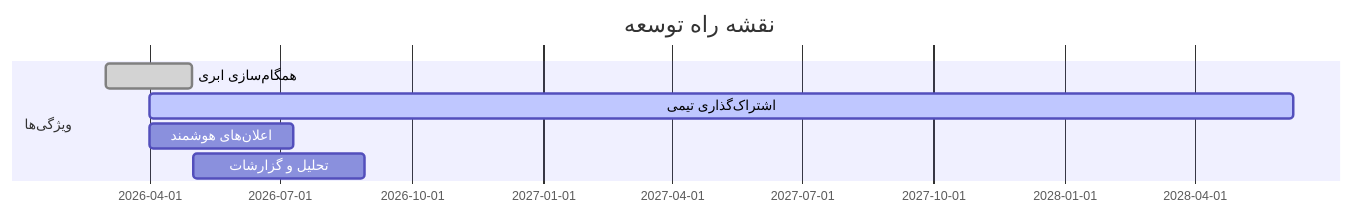
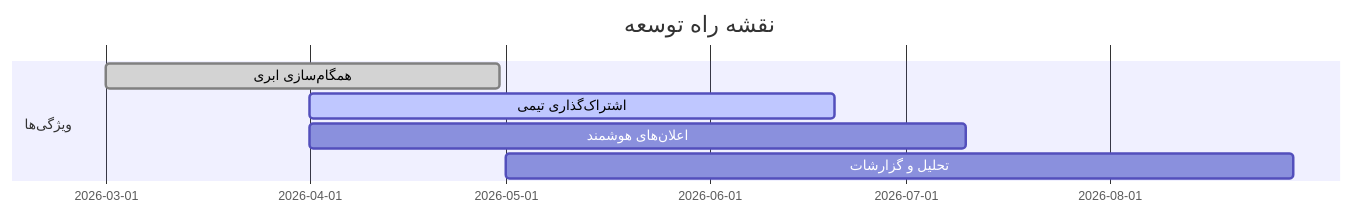
Before and after one commit to ShayanHajibagher/TaskFlow-Pro: the ninth of 10 diagrams in README.md, drawn with Mermaid.

````diff
--- a/README.md
+++ b/README.md
@@ -665,10 +665,10 @@
 ```mermaid
 gantt
     title نقشه راه توسعه
     dateFormat  YYYY-MM-DD
     section ویژگی‌ها
     همگام‌سازی ابری        :done, cloud, 2026-03-01, 60d
-    اشتراک‌گذاری تیمی      :active, team, 2026-04-01, 800d
+    اشتراک‌گذاری تیمی      :active, team, 2026-04-01, 80d
     اعلان‌های هوشمند       :notif, 2026-04-01, 100d
     تحلیل و گزارشات        :analytics, 2026-05-01, 120d
 ```
````
